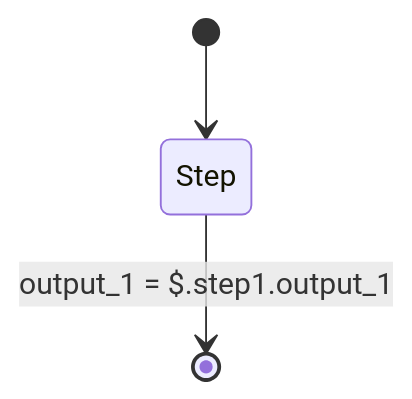
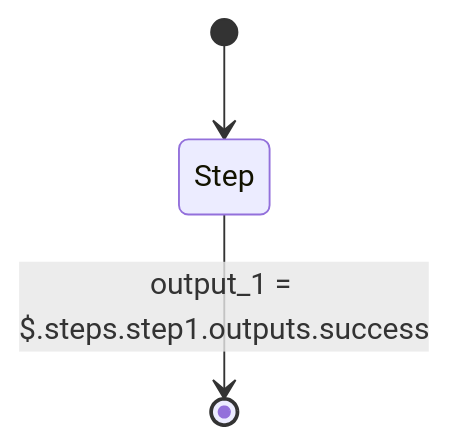
One commit to arcalot/arcalot.github.io changed the eighth of 8 diagrams in docs/arcaflow/concepts/workflows.md. Above: the diagram before and after it, drawn with Mermaid. The commit also changed other lines of this file and 46 other files, not shown here.

````diff
--- a/docs/arcaflow/concepts/workflows.md
+++ b/docs/arcaflow/concepts/workflows.md
@@ -123,5 +105,5 @@
 ```mermaid
 stateDiagram-v2
   [*] --> Step
-  Step --> [*]: output_1 = $.step1.output_1
+  Step --> [*]: output_1 = $.steps.step1.outputs.success
 ```
````
